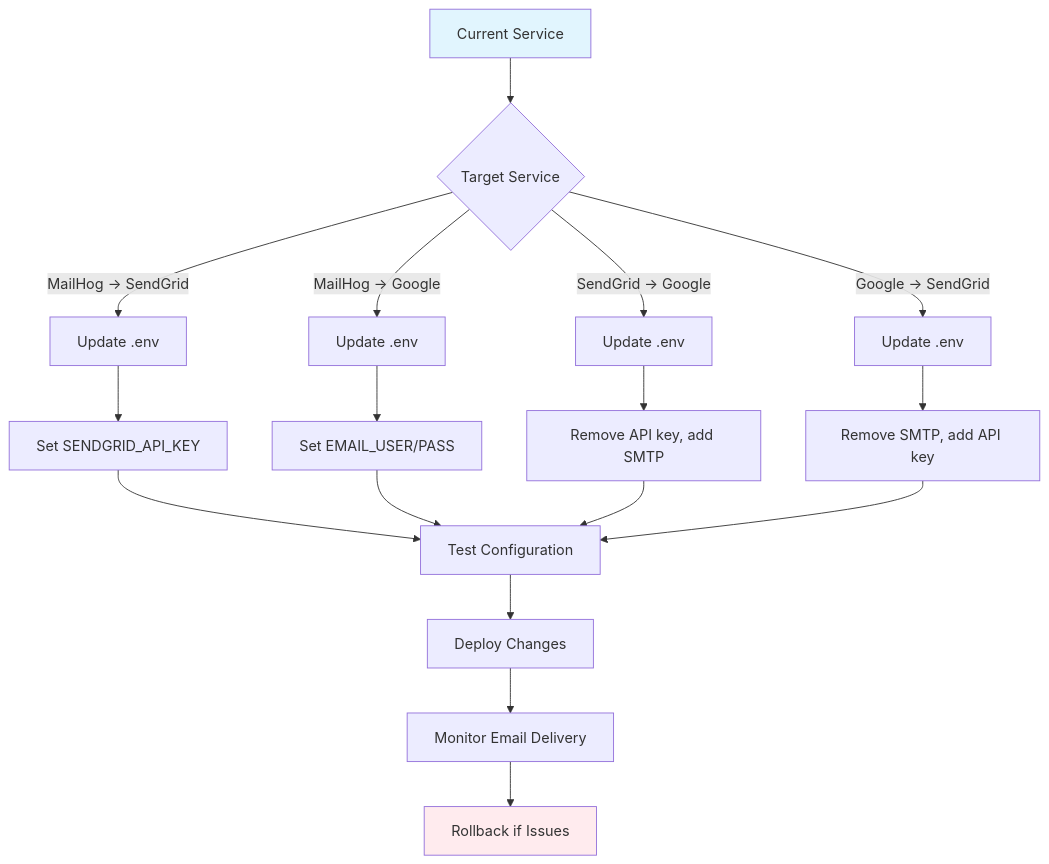
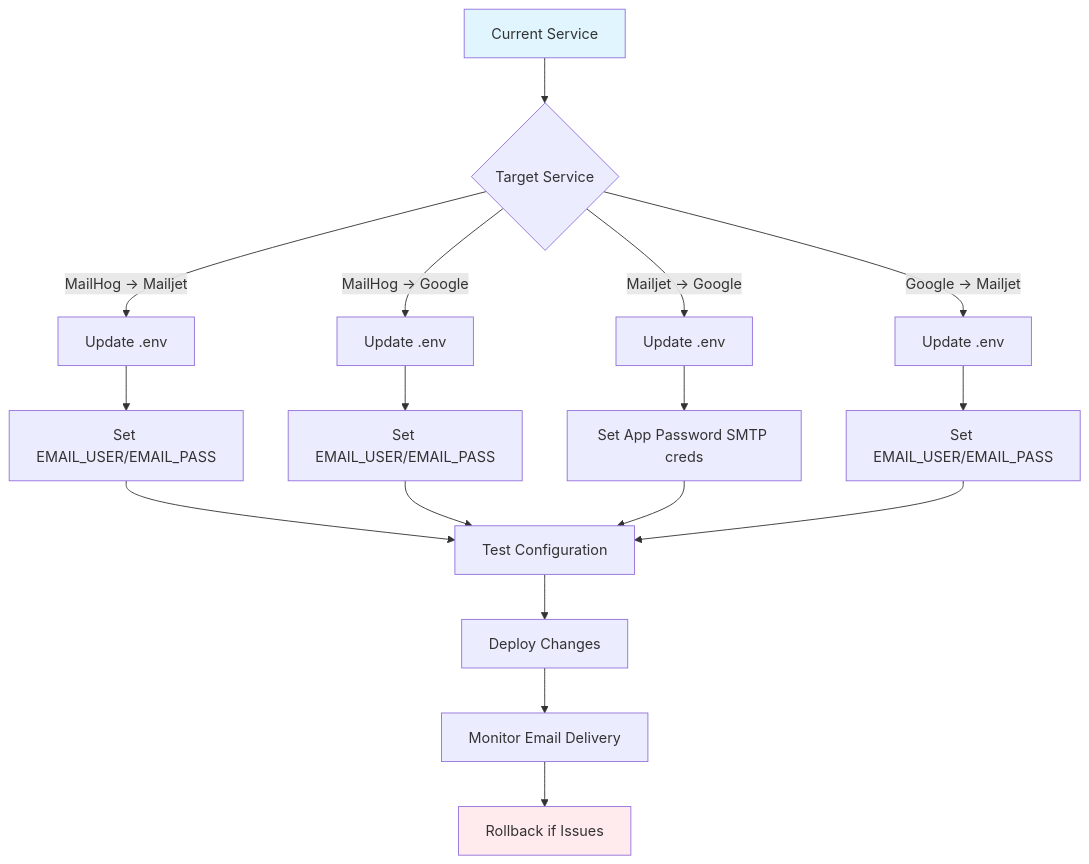
Before and after one commit to josephnguyen-macusaone/abc-dashboard: diagram 13 of 15 in backend/docs/guides/email-service-overview.md, drawn with Mermaid. The commit also changed other lines of this file and 141 other files, not shown here.

````diff
--- a/backend/docs/guides/email-service-overview.md
+++ b/backend/docs/guides/email-service-overview.md
@@ -545,26 +459,26 @@
 ```mermaid
 flowchart TD
     A[Current Service] --> B{Target Service}
 
-    B -->|MailHog → SendGrid| C[Update .env]
+    B -->|MailHog → Mailjet| C[Update .env]
     B -->|MailHog → Google| D[Update .env]
-    B -->|SendGrid → Google| E[Update .env]
-    B -->|Google → SendGrid| F[Update .env]
+    B -->|Mailjet → Google| E[Update .env]
+    B -->|Google → Mailjet| F[Update .env]
 
-    C --> G[Set SENDGRID_API_KEY]
-    D --> H[Set EMAIL_USER/PASS]
-    E --> I[Remove API key, add SMTP]
-    F --> J[Remove SMTP, add API key]
+    C --> G[Set EMAIL_USER/EMAIL_PASS]
+    D --> H[Set EMAIL_USER/EMAIL_PASS]
+    E --> I[Set App Password SMTP creds]
+    F --> J[Set EMAIL_USER/EMAIL_PASS]
 
     G --> K[Test Configuration]
     H --> K
     I --> K
     J --> K
 
     K --> L[Deploy Changes]
     L --> M[Monitor Email Delivery]
     M --> N[Rollback if Issues]
 
     style A fill:#e1f5fe
     style N fill:#ffebee
 ```
````
